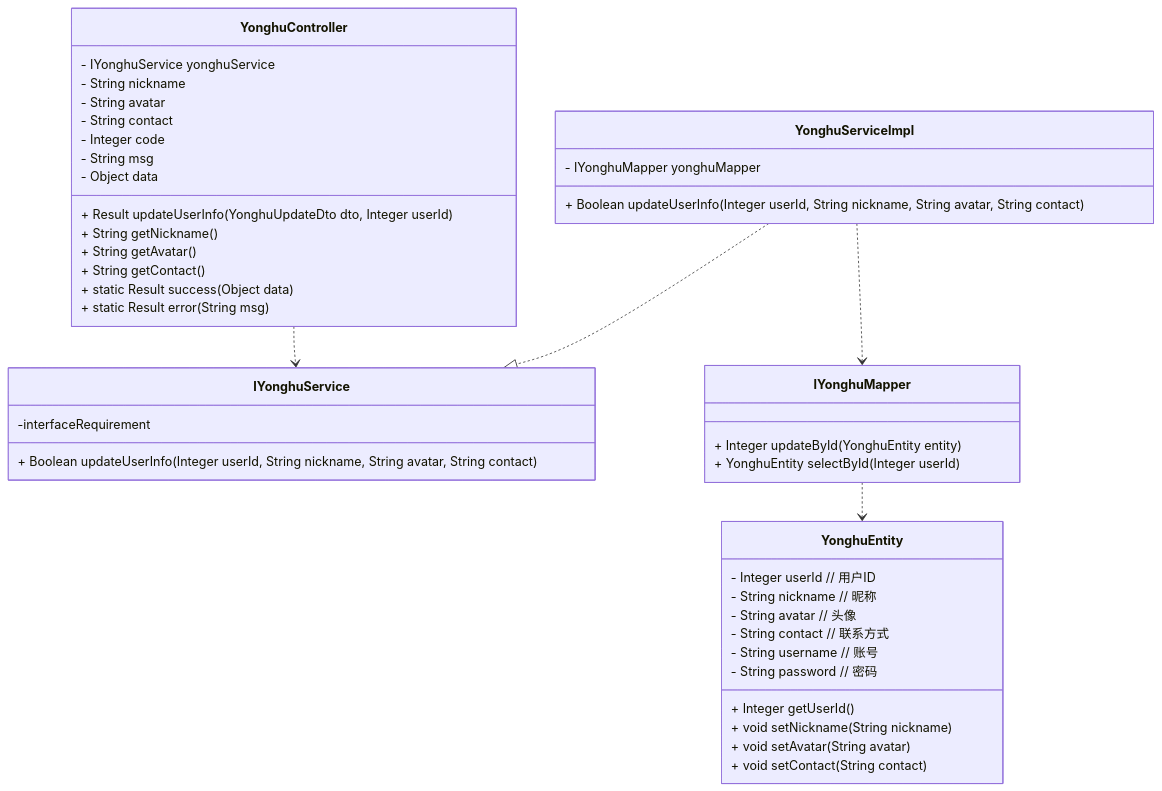
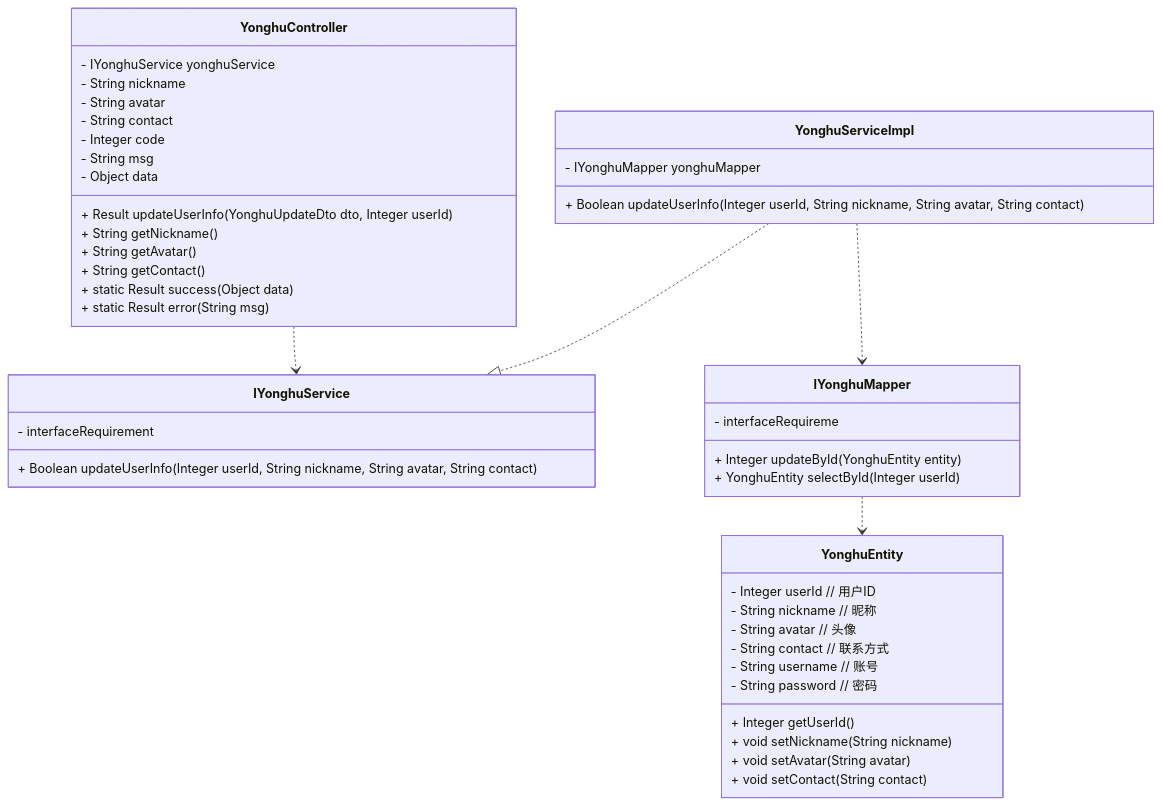
The diagram in all/未命名-6.md (DEbalanceUX/iodraw-files), drawn with Mermaid before and after one commit.

Commit message:
2025-12-26 03:47:24 update

````diff
--- a/all/未命名-6.md
+++ b/all/未命名-6.md
@@ -1,64 +1,64 @@
 ```mermaid
 classDiagram
     %% 关系定义（仅用Class+implements）
     YonghuServiceImpl ..|> IYonghuService : 
     YonghuController ..> IYonghuService : 
     YonghuServiceImpl ..> IYonghuMapper : 
     IYonghuMapper ..> YonghuEntity : 
 
     %% Controller层
     class YonghuController {
         - IYonghuService yonghuService
         + Result updateUserInfo(YonghuUpdateDto dto, Integer userId)
         
         
             - String nickname      
             - String avatar         
             - String contact        
             + String getNickname()
             + String getAvatar()
             + String getContact()
         
         
     
             - Integer code
             - String msg      
             - Object data   
             + static Result success(Object data)
             + static Result error(String msg)
         
     }
 
     %% Service接口（伪装为Class，注释说明是接口）
     class IYonghuService {
-        -interfaceRequirement
+        - interfaceRequirement
         + Boolean updateUserInfo(Integer userId, String nickname, String avatar, String contact)
     }
 
     %% Service实现类
     class YonghuServiceImpl {
         - IYonghuMapper yonghuMapper
         + Boolean updateUserInfo(Integer userId, String nickname, String avatar, String contact)
     }
 
     %% Mapper接口（伪装为Class，注释说明是接口）
     class IYonghuMapper {
-        
+        - interfaceRequireme
         + Integer updateById(YonghuEntity entity)
         + YonghuEntity selectById(Integer userId)
     }
 
     %% Entity层
     class YonghuEntity {
         - Integer userId        // 用户ID
         - String nickname       // 昵称
         - String avatar         // 头像
         - String contact        // 联系方式
         - String username       // 账号
         - String password       // 密码
         + Integer getUserId()
         + void setNickname(String nickname)
         + void setAvatar(String avatar)
         + void setContact(String contact)
     }
 ```
````
